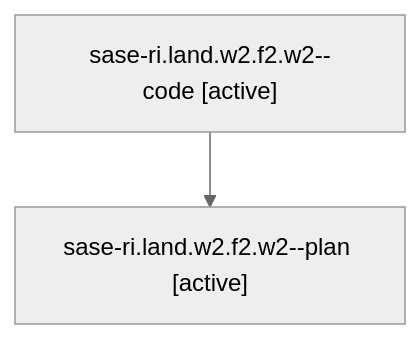
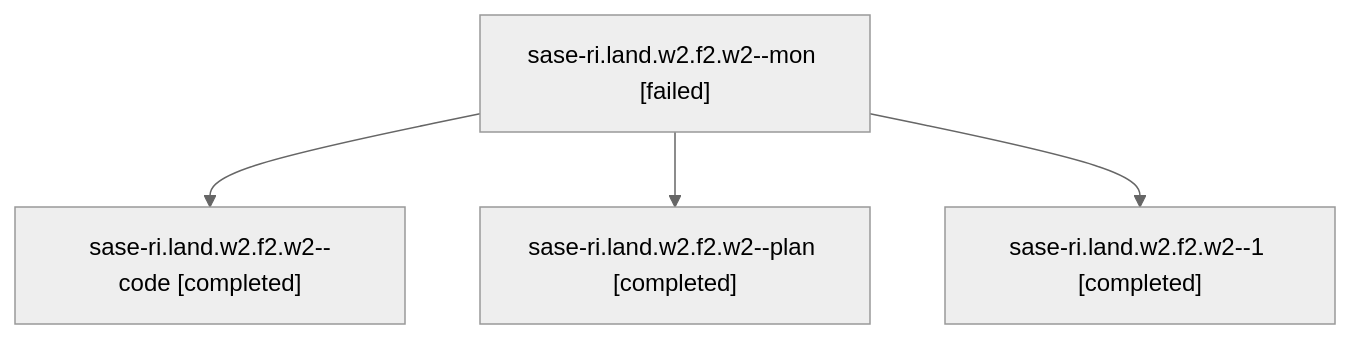
Before and after one commit to sase-org/sase--agents: the diagram in families/bbugyi200.athena.sase-ri.land.w2.f2.w2.md, drawn with Mermaid (neutral theme). The commit also changed other lines of this file and 128 other files, not shown here.

````diff
--- a/families/bbugyi200.athena.sase-ri.land.w2.f2.w2.md
+++ b/families/bbugyi200.athena.sase-ri.land.w2.f2.w2.md
@@ -9,6 +9,10 @@
 ```mermaid
 flowchart TD
-  n0["sase-ri.land.w2.f2.w2--code [active]"]
-  n1["sase-ri.land.w2.f2.w2--plan [active]"]
+  n0["sase-ri.land.w2.f2.w2--mon [failed]"]
+  n1["sase-ri.land.w2.f2.w2--code [completed]"]
   n0 --> n1
+  n2["sase-ri.land.w2.f2.w2--plan [completed]"]
+  n0 --> n2
+  n3["sase-ri.land.w2.f2.w2--1 [completed]"]
+  n0 --> n3
 ```
````
